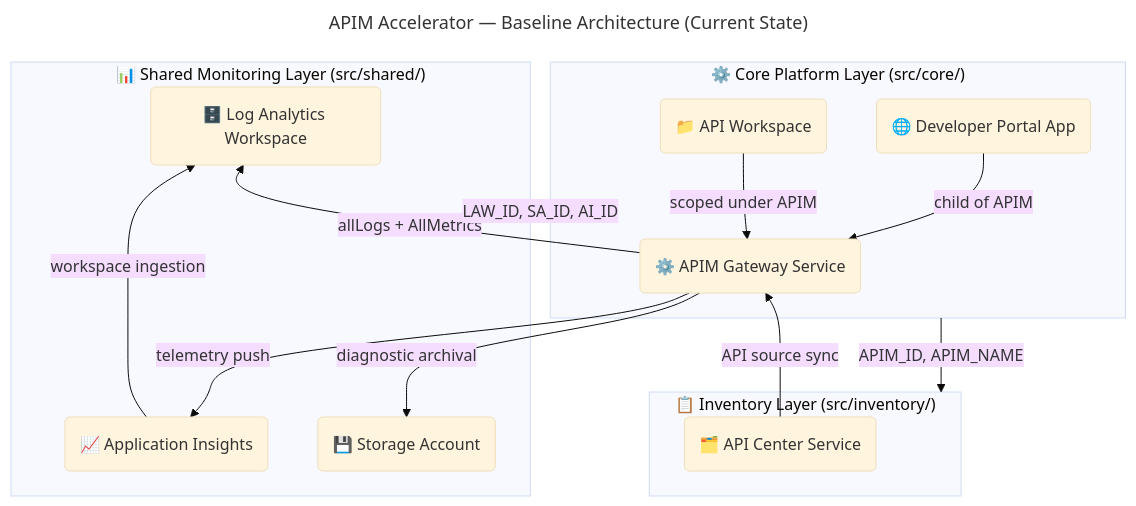
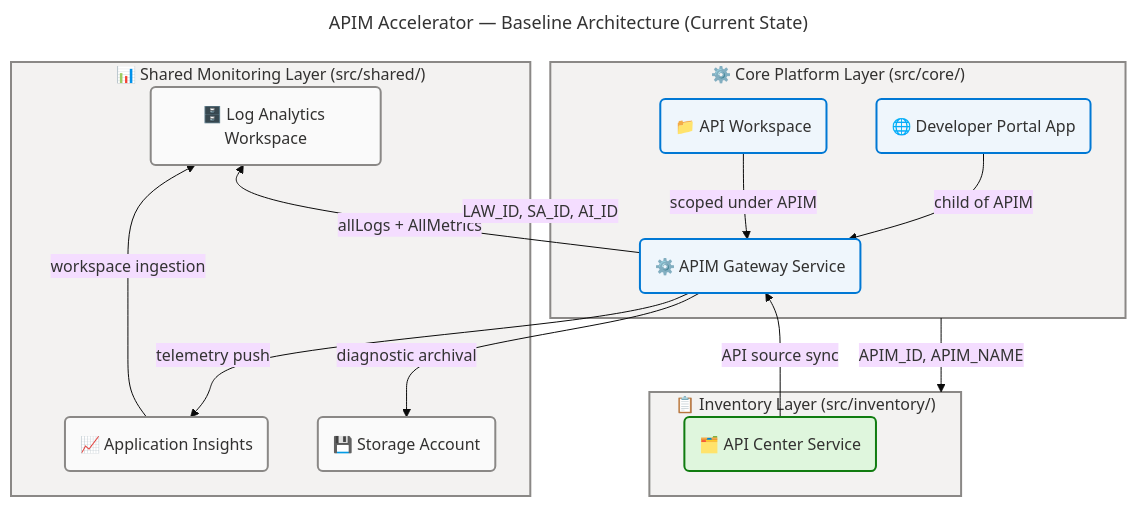
Before and after one commit to Evilazaro/APIM-Accelerator: the fifth of 8 diagrams in docs/architecture/application-architecture.md, drawn with Mermaid. The commit also changed other lines of this file, not shown here.

Commit message:
style: enhance flowchart styles with additional class definitions for improved clarity and consistency in application architecture diagrams

````diff
--- a/docs/architecture/application-architecture.md
+++ b/docs/architecture/application-architecture.md
@@ -481,56 +517,65 @@
 ```mermaid
 ---
 title: "APIM Accelerator — Baseline Architecture (Current State)"
 config:
   theme: base
   look: classic
   layout: dagre
   themeVariables:
     fontSize: '16px'
   flowchart:
     htmlLabels: true
 ---
 flowchart TB
     accTitle: APIM Accelerator Baseline Architecture Current State
     accDescr: Current state baseline architecture showing all seven deployed services across the three module layers with their dependency relationships and protocol connections
 
     %% ═══════════════════════════════════════════════════════════════════════════
     %% AZURE / FLUENT ARCHITECTURE PATTERN v2.0
     %% (Semantic + Structural + Font + Accessibility Governance)
     %% ═══════════════════════════════════════════════════════════════════════════
     %% PHASE 1 - FLUENT UI: All styling uses approved Fluent UI palette only
     %% PHASE 2 - GROUPS: Every subgraph has semantic color via style directive
     %% PHASE 3 - COMPONENTS: Every node has semantic classDef + icon prefix
     %% PHASE 4 - ACCESSIBILITY: accTitle/accDescr present, WCAG AA contrast
     %% PHASE 5 - STANDARD: Governance block present, classDefs centralized
     %% ═══════════════════════════════════════════════════════════════════════════
 
 
     subgraph SHARED_LAYER["📊 Shared Monitoring Layer (src/shared/)"]
         LAW("🗄️ Log Analytics Workspace"):::neutral
         APPINS("📈 Application Insights"):::neutral
         SA("💾 Storage Account"):::neutral
     end
 
     subgraph CORE_LAYER["⚙️ Core Platform Layer (src/core/)"]
         APIM("⚙️ APIM Gateway Service"):::core
         PORTAL("🌐 Developer Portal App"):::core
         WS("📁 API Workspace"):::core
     end
 
     subgraph INV_LAYER["📋 Inventory Layer (src/inventory/)"]
         APIC("🗂️ API Center Service"):::success
     end
 
     SHARED_LAYER -->|"LAW_ID, SA_ID, AI_ID"| CORE_LAYER
     CORE_LAYER -->|"APIM_ID, APIM_NAME"| INV_LAYER
     APIM -->|"allLogs + AllMetrics"| LAW
     APIM -->|"telemetry push"| APPINS
     APIM -->|"diagnostic archival"| SA
     APPINS -->|"workspace ingestion"| LAW
     PORTAL -->|"child of APIM"| APIM
     WS -->|"scoped under APIM"| APIM
     APIC -->|"API source sync"| APIM
 
+    classDef neutral fill:#FAFAFA,stroke:#8A8886,stroke-width:2px,color:#323130
+    classDef core fill:#EFF6FC,stroke:#0078D4,stroke-width:2px,color:#323130
+    classDef success fill:#DFF6DD,stroke:#107C10,stroke-width:2px,color:#323130
+    classDef warning fill:#FFF4CE,stroke:#FFB900,stroke-width:2px,color:#323130
+    classDef danger fill:#FDE7E9,stroke:#D13438,stroke-width:2px,color:#323130
+
+    style SHARED_LAYER fill:#F3F2F1,stroke:#8A8886,stroke-width:2px,color:#323130
+    style CORE_LAYER fill:#F3F2F1,stroke:#8A8886,stroke-width:2px,color:#323130
+    style INV_LAYER fill:#F3F2F1,stroke:#8A8886,stroke-width:2px,color:#323130
 
 ```
````
